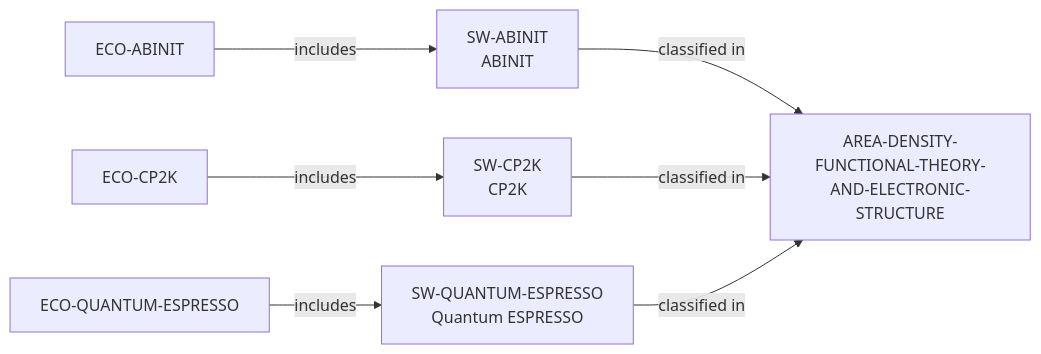
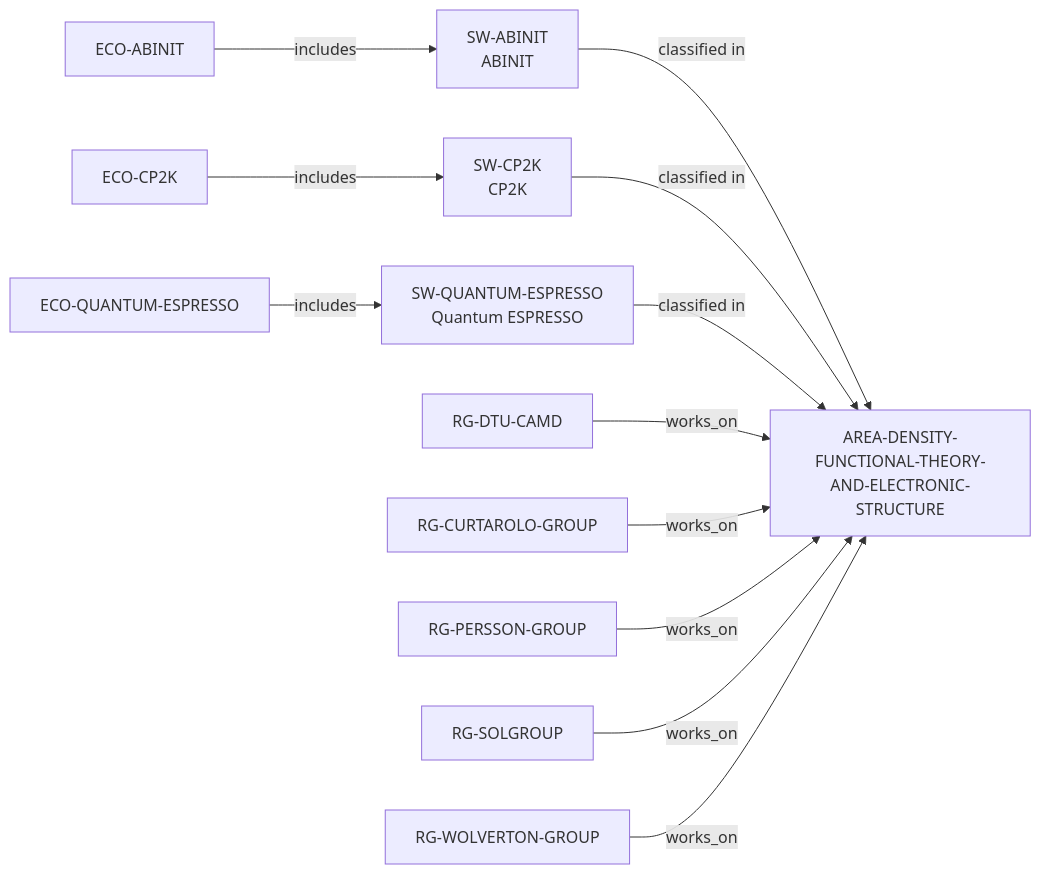
Before and after one commit to akin-oz/research-landscape: the diagram in docs/density-functional-theory-and-electronic-structure-area.md, drawn with Mermaid. The commit also changed other lines of this file and 26 other files, not shown here.

````diff
--- a/docs/density-functional-theory-and-electronic-structure-area.md
+++ b/docs/density-functional-theory-and-electronic-structure-area.md
@@ -15,10 +17,15 @@
 ```mermaid
 flowchart LR
   AREA["AREA-DENSITY-FUNCTIONAL-THEORY-AND-ELECTRONIC-STRUCTURE"]
   AB["SW-ABINIT\nABINIT"] -->|"classified in"| AREA
   CP["SW-CP2K\nCP2K"] -->|"classified in"| AREA
   QE["SW-QUANTUM-ESPRESSO\nQuantum ESPRESSO"] -->|"classified in"| AREA
   E1["ECO-ABINIT"] -->|"includes"| AB
   E2["ECO-CP2K"] -->|"includes"| CP
   E3["ECO-QUANTUM-ESPRESSO"] -->|"includes"| QE
+  G1["RG-DTU-CAMD"] -->|"works_on"| AREA
+  G2["RG-CURTAROLO-GROUP"] -->|"works_on"| AREA
+  G3["RG-PERSSON-GROUP"] -->|"works_on"| AREA
+  G4["RG-SOLGROUP"] -->|"works_on"| AREA
+  G5["RG-WOLVERTON-GROUP"] -->|"works_on"| AREA
 ```
````
